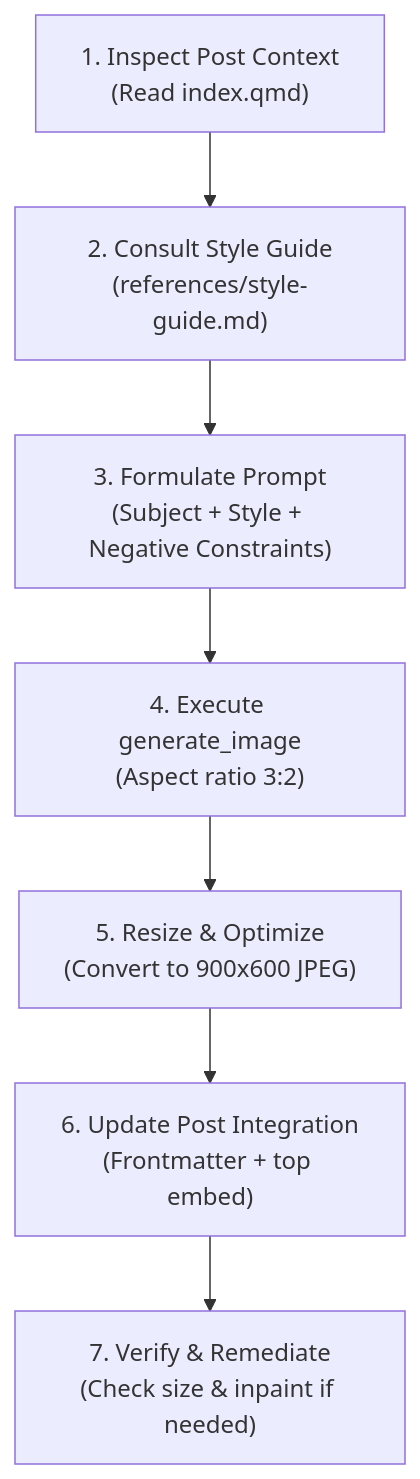
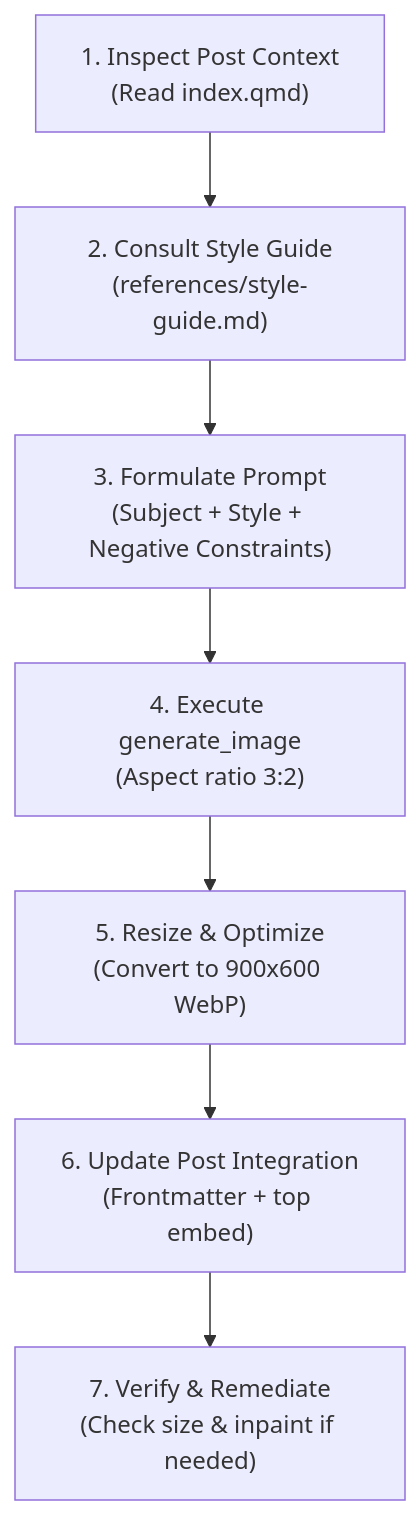
One commit to bwrob/bwrob.github.io changed the diagram in .agents/skills/generate-post-image/SKILL.md. Above: the diagram before and after it, drawn with Mermaid. The commit also changed other lines of this file and 165 other files, not shown here.

````diff
--- a/.agents/skills/generate-post-image/SKILL.md
+++ b/.agents/skills/generate-post-image/SKILL.md
@@ -45,9 +45,9 @@
 ```mermaid
 flowchart TD
     A["1. Inspect Post Context<br/>(Read index.qmd)"] --> B["2. Consult Style Guide<br/>(references/style-guide.md)"]
     B --> C["3. Formulate Prompt<br/>(Subject + Style + Negative Constraints)"]
     C --> D["4. Execute generate_image<br/>(Aspect ratio 3:2)"]
-    D --> E["5. Resize & Optimize<br/>(Convert to 900x600 JPEG)"]
+    D --> E["5. Resize & Optimize<br/>(Convert to 900x600 WebP)"]
     E --> F["6. Update Post Integration<br/>(Frontmatter + top embed)"]
     F --> G["7. Verify & Remediate<br/>(Check size & inpaint if needed)"]
 ```
````
